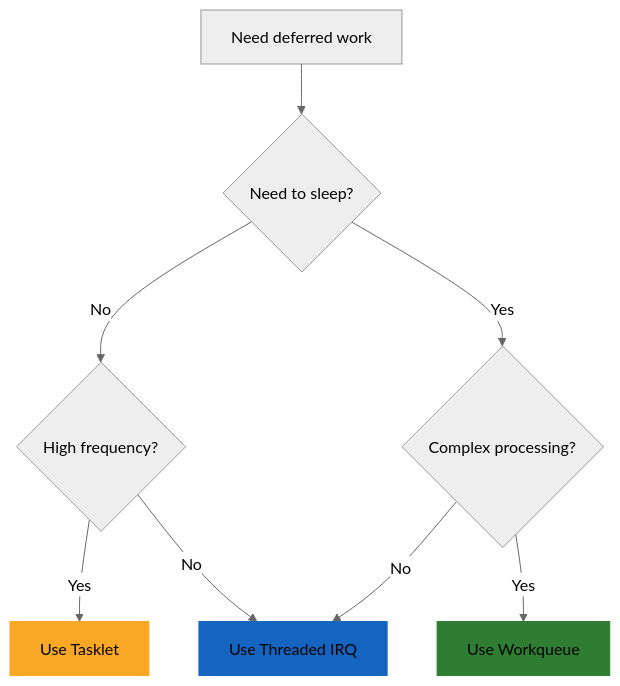
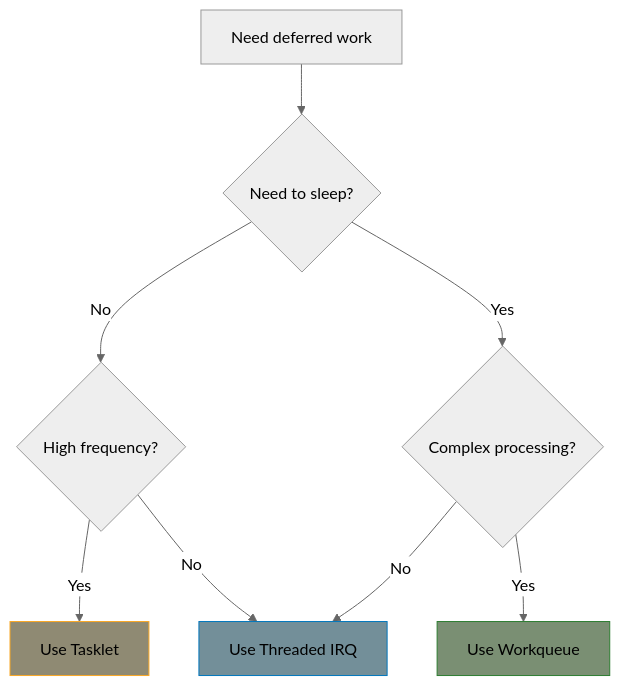
Before and after one commit to MichaelTien8901/linux-driver-guide-tutorial: the third of 4 diagrams in part7/04-top-bottom-halves.md, drawn with Mermaid (neutral theme). The commit also changed other lines of this file and 36 other files, not shown here.

Commit message:
Fix mermaid diagram colors to use consistent paper-like theme

````diff
--- a/part7/04-top-bottom-halves.md
+++ b/part7/04-top-bottom-halves.md
@@ -303,23 +303,23 @@
 ```mermaid
 flowchart TB
     START[Need deferred work]
     Q1{Need to sleep?}
     Q2{Complex processing?}
     Q3{High frequency?}
 
     TL[Use Tasklet]
     WQ[Use Workqueue]
     TI[Use Threaded IRQ]
 
     START --> Q1
     Q1 -->|No| Q3
     Q1 -->|Yes| Q2
     Q3 -->|Yes| TL
     Q3 -->|No| TI
     Q2 -->|Yes| WQ
     Q2 -->|No| TI
 
-    style TL fill:#f9a825,stroke:#f9a825
-    style WQ fill:#2e7d32,stroke:#2e7d32
-    style TI fill:#1565c0,stroke:#1565c0
+    style TL fill:#8f8a73,stroke:#f9a825
+    style WQ fill:#7a8f73,stroke:#2e7d32
+    style TI fill:#738f99,stroke:#0277bd
 ```
````
